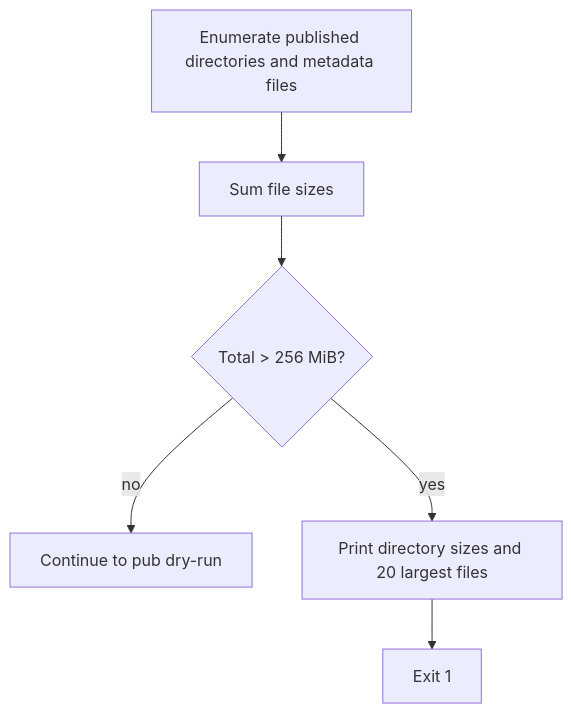
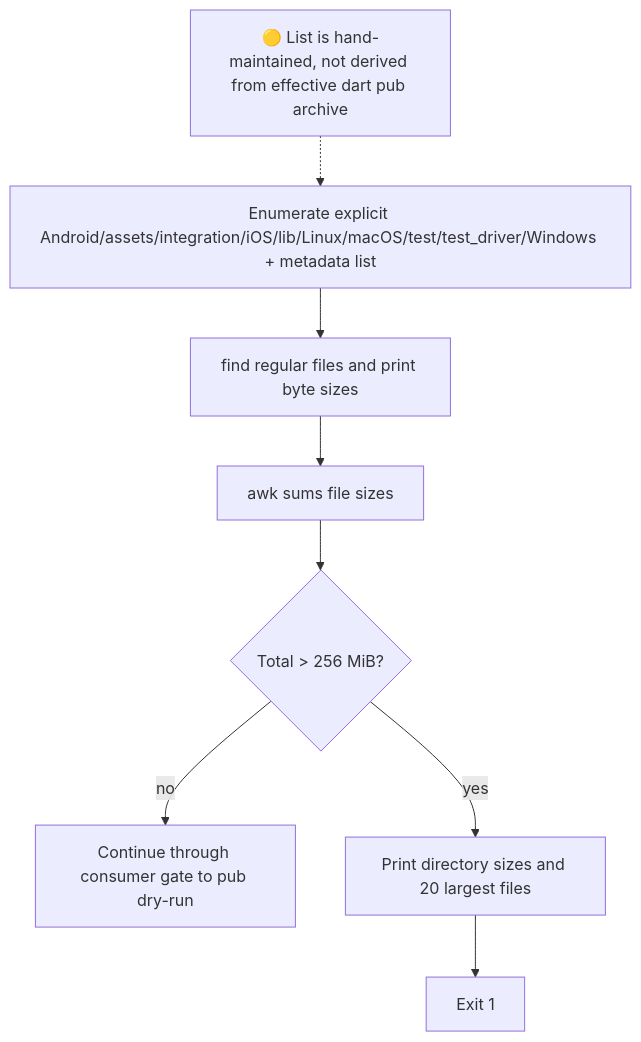
The diagram in .reversa/_reversa_sdd/flowcharts/validation-release-assembly-size-gate.md (DartGit-dev/git2dart_binaries), drawn with Mermaid before and after one commit. The commit also changed other lines of this file and 250 other files, not shown here.

````diff
--- a/.reversa/_reversa_sdd/flowcharts/validation-release-assembly-size-gate.md
+++ b/.reversa/_reversa_sdd/flowcharts/validation-release-assembly-size-gate.md
@@ -3,8 +3,10 @@
 ```mermaid
 flowchart TD
-  Start["Enumerate published directories and metadata files"] --> Sum["Sum file sizes"]
+  Start["Enumerate explicit Android/assets/integration/iOS/lib/Linux/macOS/test/test_driver/Windows + metadata list"] --> Find["find regular files and print byte sizes"]
+  Find --> Sum["awk sums file sizes"]
   Sum --> Compare{"Total > 256 MiB?"}
-  Compare -- no --> Continue["Continue to pub dry-run"]
+  Compare -- no --> Continue["Continue through consumer gate to pub dry-run"]
   Compare -- yes --> Diagnostic["Print directory sizes and 20 largest files"]
   Diagnostic --> Exit["Exit 1"]
+  Gap["🟡 List is hand-maintained, not derived from effective dart pub archive"] -.-> Start
 ```
````
